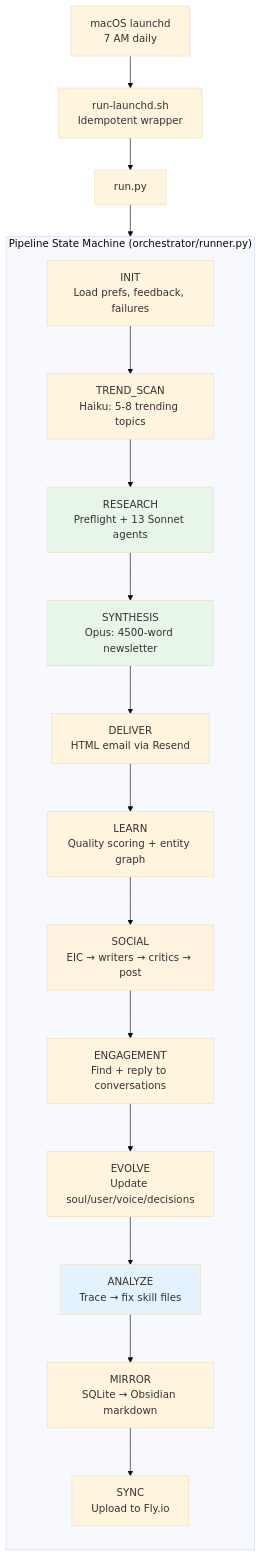
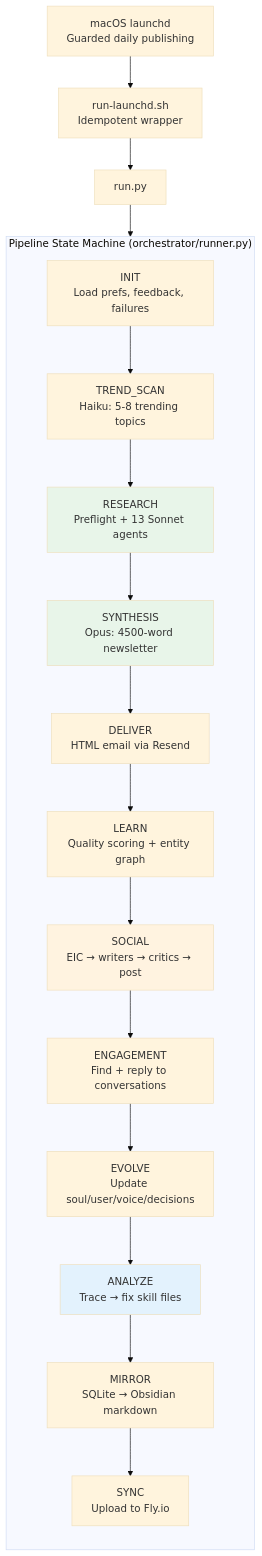
The first of 8 diagrams in docs/ARCHITECTURE.md (tayler-id/mindpattern-v3), drawn with Mermaid (base theme) before and after one commit. The commit also changed other lines of this file and 6 other files, not shown here.

````diff
--- a/docs/ARCHITECTURE.md
+++ b/docs/ARCHITECTURE.md
@@ -9,30 +9,30 @@
 ```mermaid
 flowchart TD
-    LAUNCHD["macOS launchd<br/>7 AM daily"] --> WRAPPER["run-launchd.sh<br/>Idempotent wrapper"]
+    LAUNCHD["macOS launchd<br/>Guarded daily publishing"] --> WRAPPER["run-launchd.sh<br/>Idempotent wrapper"]
     WRAPPER --> RUN["run.py"]
     RUN --> INIT
 
     subgraph PIPELINE["Pipeline State Machine (orchestrator/runner.py)"]
         direction TB
         INIT["INIT<br/>Load prefs, feedback, failures"]
         TREND["TREND_SCAN<br/>Haiku: 5-8 trending topics"]
         RESEARCH["RESEARCH<br/>Preflight + 13 Sonnet agents"]
         SYNTH["SYNTHESIS<br/>Opus: 4500-word newsletter"]
         DELIVER["DELIVER<br/>HTML email via Resend"]
         LEARN["LEARN<br/>Quality scoring + entity graph"]
         SOCIAL["SOCIAL<br/>EIC → writers → critics → post"]
         ENGAGE["ENGAGEMENT<br/>Find + reply to conversations"]
         EVOLVE["EVOLVE<br/>Update soul/user/voice/decisions"]
         ANALYZE["ANALYZE<br/>Trace → fix skill files"]
         MIRROR["MIRROR<br/>SQLite → Obsidian markdown"]
         SYNC["SYNC<br/>Upload to Fly.io"]
 
         INIT --> TREND --> RESEARCH --> SYNTH --> DELIVER --> LEARN
         LEARN --> SOCIAL --> ENGAGE --> EVOLVE --> ANALYZE --> MIRROR --> SYNC
     end
 
     style RESEARCH fill:#e8f5e9
     style SYNTH fill:#e8f5e9
     style SOCIAL fill:#fff3e0
     style ANALYZE fill:#e3f2fd
 ```
````
